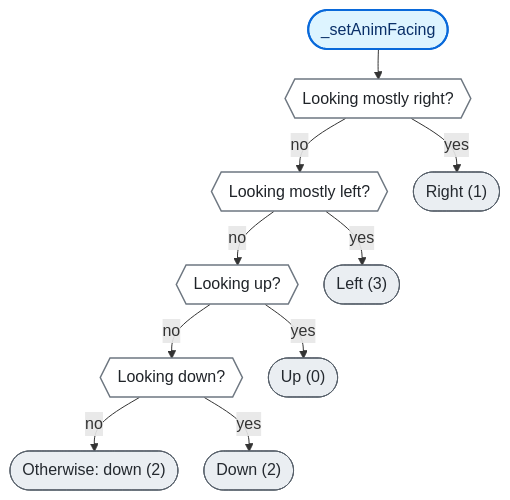
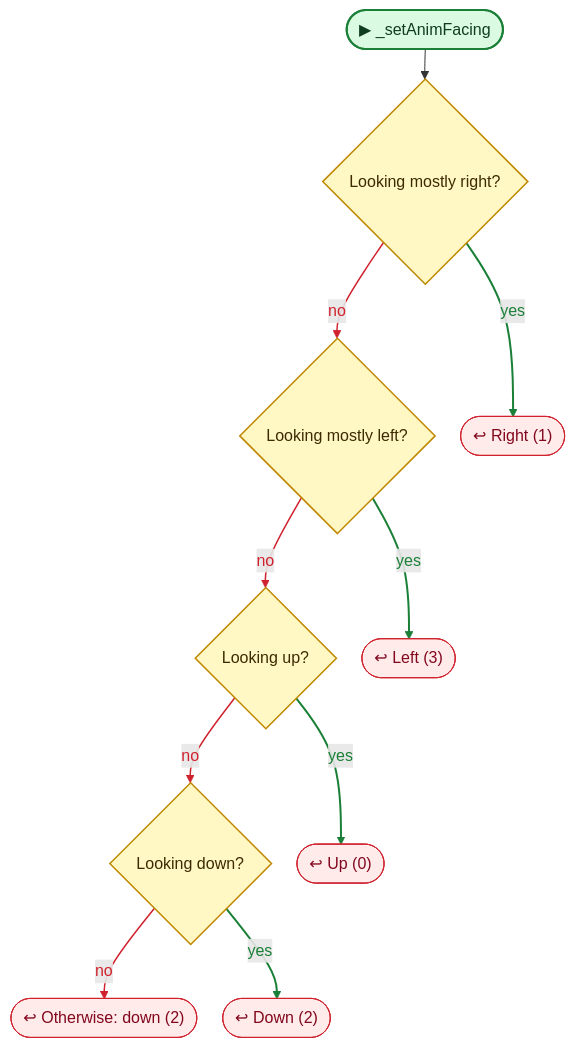
Before and after one commit to nataiai/Lord-of-the-Dungeon: the third of 5 diagrams in CodeGraph~/graph/Character.cs.md, drawn with Mermaid. The commit also changed other lines of this file and 44 other files, not shown here.

````diff
--- a/CodeGraph~/graph/Character.cs.md
+++ b/CodeGraph~/graph/Character.cs.md
@@ -114,42 +118,54 @@
 ```mermaid
 ---
 config:
   flowchart:
     wrappingWidth: 260
     nodeSpacing: 26
     rankSpacing: 30
 ---
 flowchart TD
-  nS(["_setAnimFacing"])
-  n101c2e{{"Looking mostly right?"}}
-  na410f9{{"Looking mostly left?"}}
-  n48213b{{"Looking up?"}}
-  nc9de5c{{"Looking down?"}}
-  nc156ab(["Right (1)"])
-  n4cc99d(["Left (3)"])
-  nd1011c(["Up (0)"])
-  n4674d1(["Down (2)"])
-  nedd5df(["Otherwise: down (2)"])
+  nS(["▶ _setAnimFacing"])
+  n101c2e{"Looking mostly right?"}
+  na410f9{"Looking mostly left?"}
+  n48213b{"Looking up?"}
+  nc9de5c{"Looking down?"}
+  nc156ab(["↩ Right (1)"])
+  n4cc99d(["↩ Left (3)"])
+  nd1011c(["↩ Up (0)"])
+  n4674d1(["↩ Down (2)"])
+  nedd5df(["↩ Otherwise: down (2)"])
   nS --> n101c2e
   n101c2e -->|no| na410f9
   n101c2e -->|yes| nc156ab
   na410f9 -->|no| n48213b
   na410f9 -->|yes| n4cc99d
   n48213b -->|no| nc9de5c
   n48213b -->|yes| nd1011c
   nc9de5c -->|no| nedd5df
   nc9de5c -->|yes| n4674d1
-  classDef unity fill:#fff1c2,stroke:#9a6700,stroke-width:2px,color:#3b2300
-  classDef start fill:#ddf4ff,stroke:#0969da,stroke-width:2px,color:#0a3069
-  classDef calc fill:#f6f8fa,stroke:#d0d7de,color:#57606a
-  classDef calls fill:#ffffff,stroke:#0969da,stroke-width:2.5px,color:#0a3069
-  classDef cond fill:#ffffff,stroke:#6e7781,stroke-width:1.5px,color:#1f2328
-  classDef loop fill:#fbefff,stroke:#8250df,color:#3e1f79
-  classDef exit fill:#eaeef2,stroke:#57606a,color:#24292f
-  classDef wait fill:#fff8f0,stroke:#bc4c00,color:#4d1d00
+  linkStyle 1 stroke:#cf222e,stroke-width:1.5px,color:#cf222e
+  linkStyle 2 stroke:#1a7f37,stroke-width:2px,color:#1a7f37
+  linkStyle 3 stroke:#cf222e,stroke-width:1.5px,color:#cf222e
+  linkStyle 4 stroke:#1a7f37,stroke-width:2px,color:#1a7f37
+  linkStyle 5 stroke:#cf222e,stroke-width:1.5px,color:#cf222e
+  linkStyle 6 stroke:#1a7f37,stroke-width:2px,color:#1a7f37
+  linkStyle 7 stroke:#cf222e,stroke-width:1.5px,color:#cf222e
+  linkStyle 8 stroke:#1a7f37,stroke-width:2px,color:#1a7f37
+  classDef unity fill:#dafbe1,stroke:#1a7f37,stroke-width:2px,color:#0f3d1d
+  classDef start fill:#dafbe1,stroke:#1a7f37,stroke-width:2px,color:#0f3d1d
+  classDef calc fill:#ffffff,stroke:#d0d7de,color:#57606a
+  classDef calls fill:#ddf4ff,stroke:#0969da,stroke-width:2px,color:#0a3069
+  classDef ext fill:#ddf4ff,stroke:#0969da,stroke-width:2px,stroke-dasharray:5 3,color:#0a3069
+  classDef cond fill:#fff8c5,stroke:#bf8700,stroke-width:1.5px,color:#3d2a00
+  classDef loop fill:#f6f8fa,stroke:#57606a,color:#1f2328
+  classDef exit fill:#ffebe9,stroke:#cf222e,color:#82071e
+  classDef kill fill:#ffebe9,stroke:#cf222e,stroke-width:2px,color:#82071e
+  classDef spawn fill:#dafbe1,stroke:#1a7f37,stroke-width:2px,color:#0f3d1d
+  classDef wait fill:#fff1e5,stroke:#bc4c00,color:#4d1d00
   classDef fin fill:#eaeef2,stroke:#8c959f,color:#57606a
   classDef join fill:#d0d7de,stroke:#8c959f,color:#57606a
+  classDef ghdr fill:#f5f9ff,stroke:#f5f9ff,color:#0a3069,font-weight:bold
   class n101c2e,na410f9,n48213b,nc9de5c cond
   class nc156ab,n4cc99d,nd1011c,n4674d1,nedd5df exit
   class nS start
 ```
````
